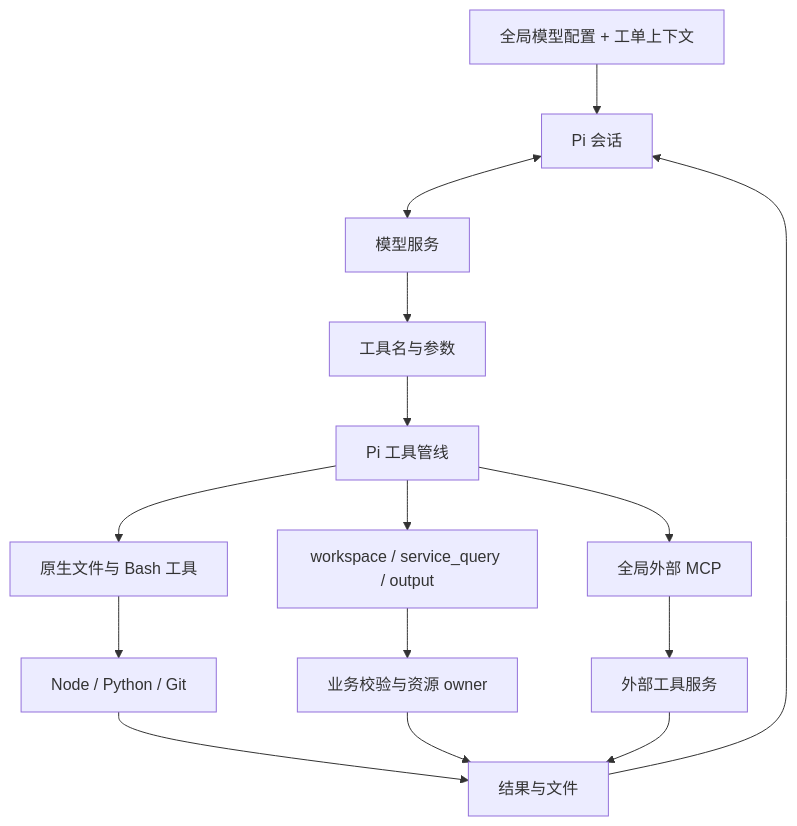
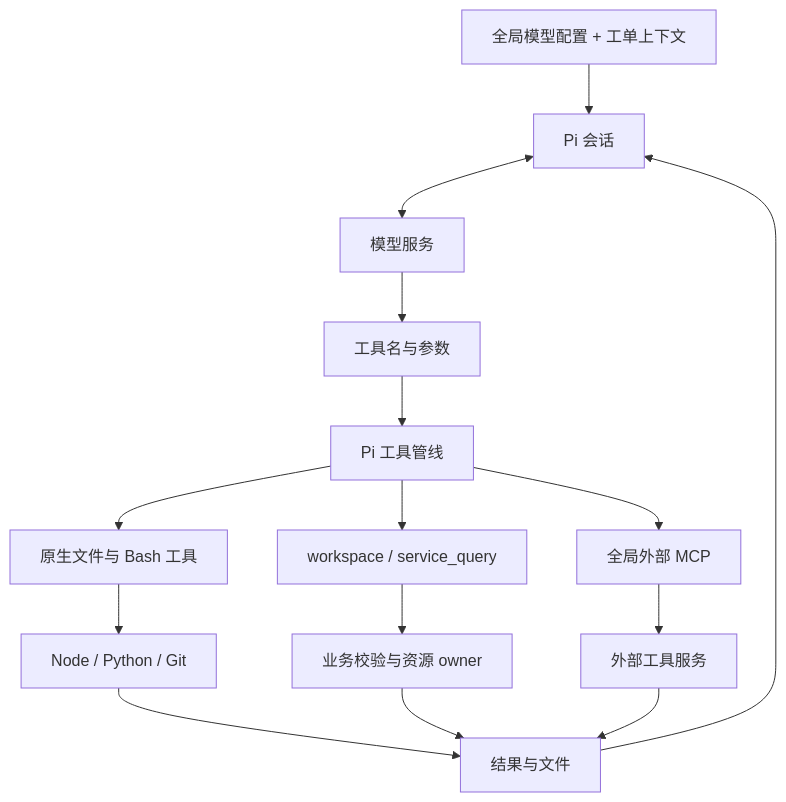
Before and after one commit to idoly/issue-pilot: the first of 2 diagrams in docs/AGENT.md, drawn with Mermaid. The commit also changed other lines of this file and 114 other files, not shown here.

````diff
--- a/docs/AGENT.md
+++ b/docs/AGENT.md
@@ -7,17 +7,17 @@
 ```mermaid
 flowchart TB
   Config[全局模型配置 + 工单上下文] --> Pi[Pi 会话]
   Pi <--> Model[模型服务]
   Model --> Call[工具名与参数]
   Call --> Pipeline[Pi 工具管线]
   Pipeline --> Native[原生文件与 Bash 工具]
-  Pipeline --> Business[workspace / service_query / output]
+  Pipeline --> Business[workspace / service_query]
   Pipeline --> MCP[全局外部 MCP]
   Native --> Runtime[Node / Python / Git]
   Business --> Owners[业务校验与资源 owner]
   MCP --> Servers[外部工具服务]
   Runtime --> Result[结果与文件]
   Owners --> Result
   Servers --> Result
   Result --> Pi
 ```
````
